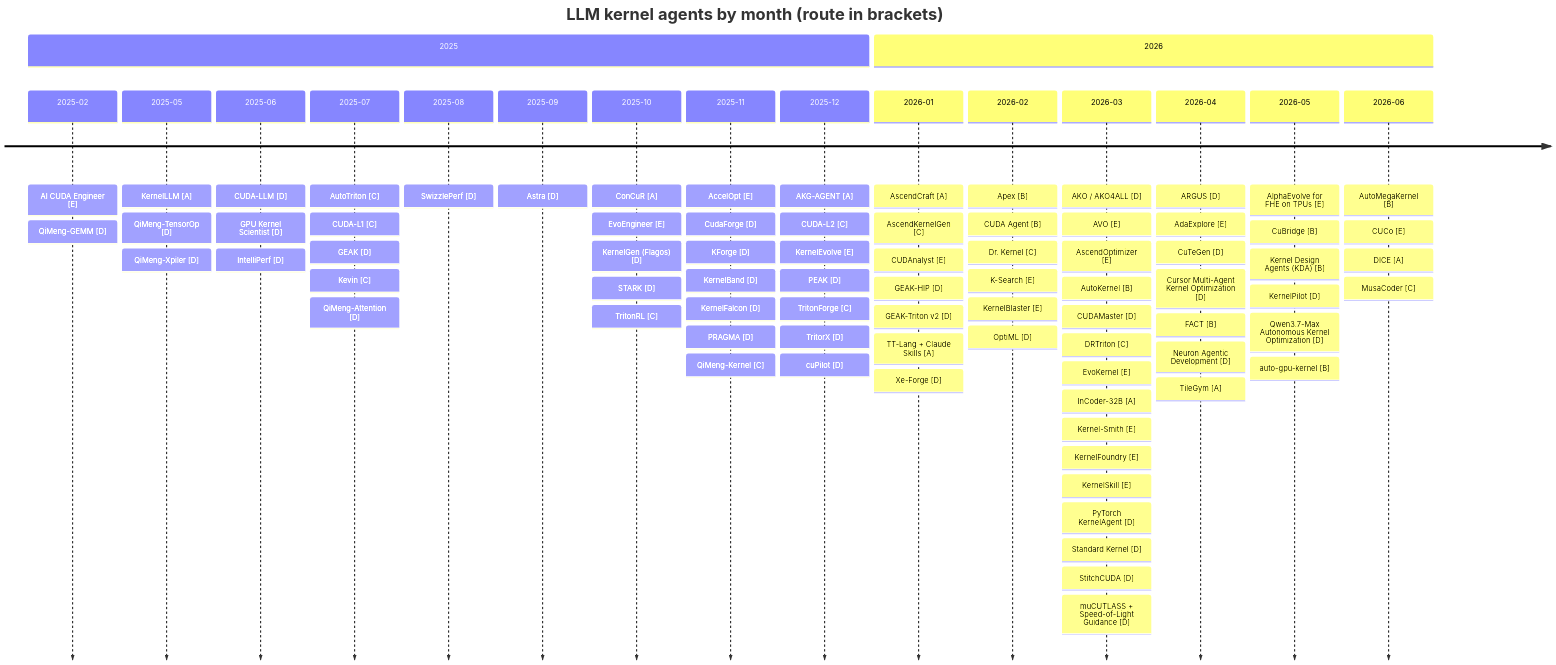
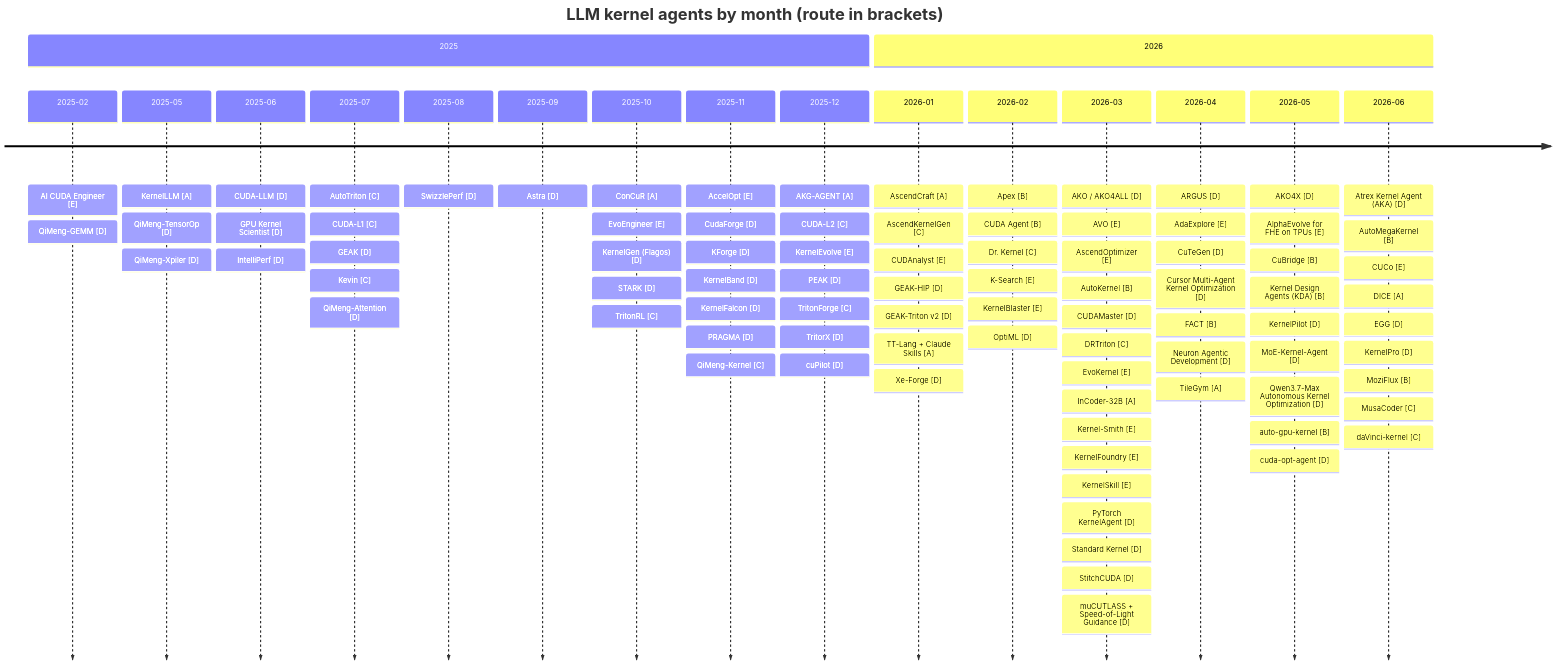
Before and after one commit to youyve/awesome-kernel-agent: the diagram in README.md, drawn with Mermaid. The commit also changed other lines of this file and 3 other files, not shown here.

````diff
--- a/README.md
+++ b/README.md
@@ -405,21 +429,21 @@
 ```mermaid
 timeline
     title LLM kernel agents by month (route in brackets)
     section 2025
         2025-02 : AI CUDA Engineer [E] : QiMeng-GEMM [D]
         2025-05 : KernelLLM [A] : QiMeng-TensorOp [D] : QiMeng-Xpiler [D]
         2025-06 : CUDA-LLM [D] : GPU Kernel Scientist [D] : IntelliPerf [D]
         2025-07 : AutoTriton [C] : CUDA-L1 [C] : GEAK [D] : Kevin [C] : QiMeng-Attention [D]
         2025-08 : SwizzlePerf [D]
         2025-09 : Astra [D]
         2025-10 : ConCuR [A] : EvoEngineer [E] : KernelGen (Flagos) [D] : STARK [D] : TritonRL [C]
         2025-11 : AccelOpt [E] : CudaForge [D] : KForge [D] : KernelBand [D] : KernelFalcon [D] : PRAGMA [D] : QiMeng-Kernel [C]
         2025-12 : AKG-AGENT [A] : CUDA-L2 [C] : KernelEvolve [E] : PEAK [D] : TritonForge [C] : TritorX [D] : cuPilot [D]
     section 2026
         2026-01 : AscendCraft [A] : AscendKernelGen [C] : CUDAnalyst [E] : GEAK-HIP [D] : GEAK-Triton v2 [D] : TT-Lang + Claude Skills [A] : Xe-Forge [D]
         2026-02 : Apex [B] : CUDA Agent [B] : Dr. Kernel [C] : K-Search [E] : KernelBlaster [E] : OptiML [D]
         2026-03 : AKO / AKO4ALL [D] : AVO [E] : AscendOptimizer [E] : AutoKernel [B] : CUDAMaster [D] : DRTriton [C] : EvoKernel [E] : InCoder-32B [A] : Kernel-Smith [E] : KernelFoundry [E] : KernelSkill [E] : PyTorch KernelAgent [D] : Standard Kernel [D] : StitchCUDA [D] : muCUTLASS + Speed-of-Light Guidance [D]
         2026-04 : ARGUS [D] : AdaExplore [E] : CuTeGen [D] : Cursor Multi-Agent Kernel Optimization [D] : FACT [B] : Neuron Agentic Development [D] : TileGym [A]
-        2026-05 : AlphaEvolve for FHE on TPUs [E] : CuBridge [B] : Kernel Design Agents (KDA) [B] : KernelPilot [D] : Qwen3.7-Max Autonomous Kernel Optimization [D] : auto-gpu-kernel [B]
-        2026-06 : AutoMegaKernel [B] : CUCo [E] : DICE [A] : MusaCoder [C]
+        2026-05 : AKO4X [D] : AlphaEvolve for FHE on TPUs [E] : CuBridge [B] : Kernel Design Agents (KDA) [B] : KernelPilot [D] : MoE-Kernel-Agent [D] : Qwen3.7-Max Autonomous Kernel Optimization [D] : auto-gpu-kernel [B] : cuda-opt-agent [D]
+        2026-06 : Atrex Kernel Agent (AKA) [D] : AutoMegaKernel [B] : CUCo [E] : DICE [A] : EGG [D] : KernelPro [D] : MoziFlux [B] : MusaCoder [C] : daVinci-kernel [C]
 ```
````
